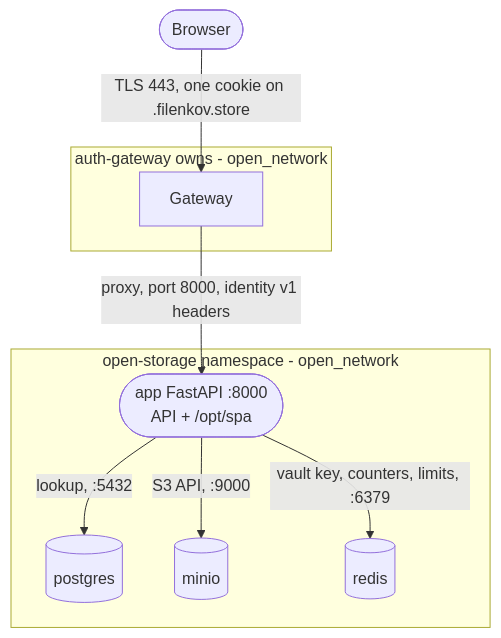
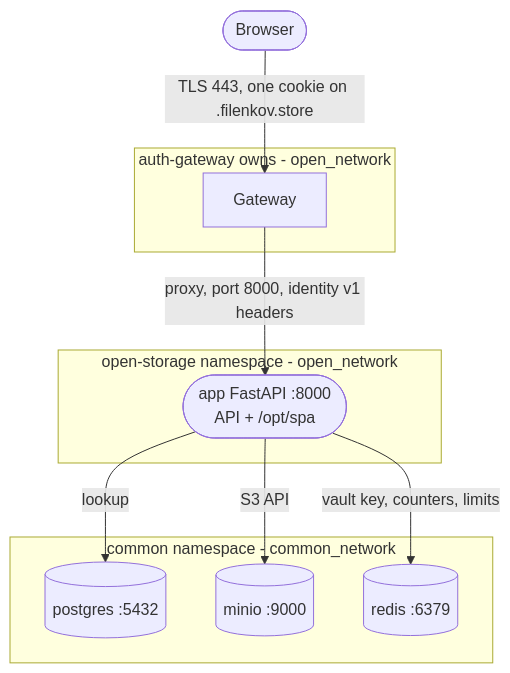
The diagram in docs/open-storage/init.md (Aleshka5/Open-Storage), drawn with Mermaid before and after one commit. The commit also changed other lines of this file and 48 other files, not shown here.

First line of the commit message:
wip: carry in-progress common namespace work from stash

````diff
--- a/docs/open-storage/init.md
+++ b/docs/open-storage/init.md
@@ -21,21 +20,24 @@
 ```mermaid
 flowchart TB
   B(["Browser"])
 
   subgraph NS["open-storage namespace - open_network"]
     A(["app FastAPI :8000<br/>API + /opt/spa"])
-    PG[("postgres")]
-    MN[("minio")]
-    RD[("redis")]
   end
 
   subgraph NE["auth-gateway owns - open_network"]
     G["Gateway"]
   end
 
+  subgraph CM["common namespace - common_network"]
+    PG[("postgres :5432")]
+    MN[("minio :9000")]
+    RD[("redis :6379")]
+  end
+
   B -->|"TLS 443, one cookie on .filenkov.store"| G
   G -->|"proxy, port 8000, identity v1 headers"| A
-  A -->|"lookup, :5432"| PG
-  A -->|"S3 API, :9000"| MN
-  A -->|"vault key, counters, limits, :6379"| RD
+  A -->|"lookup"| PG
+  A -->|"S3 API"| MN
+  A -->|"vault key, counters, limits"| RD
 ```
````
